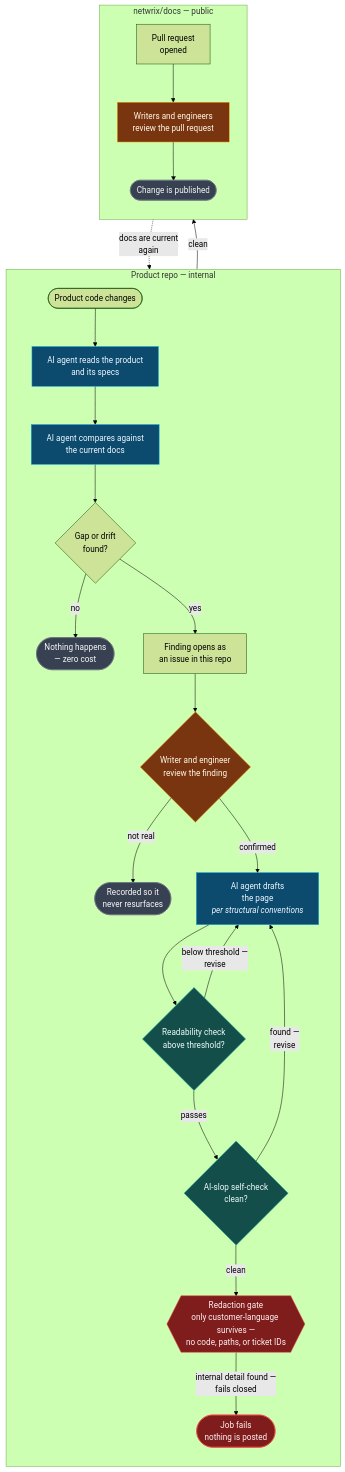
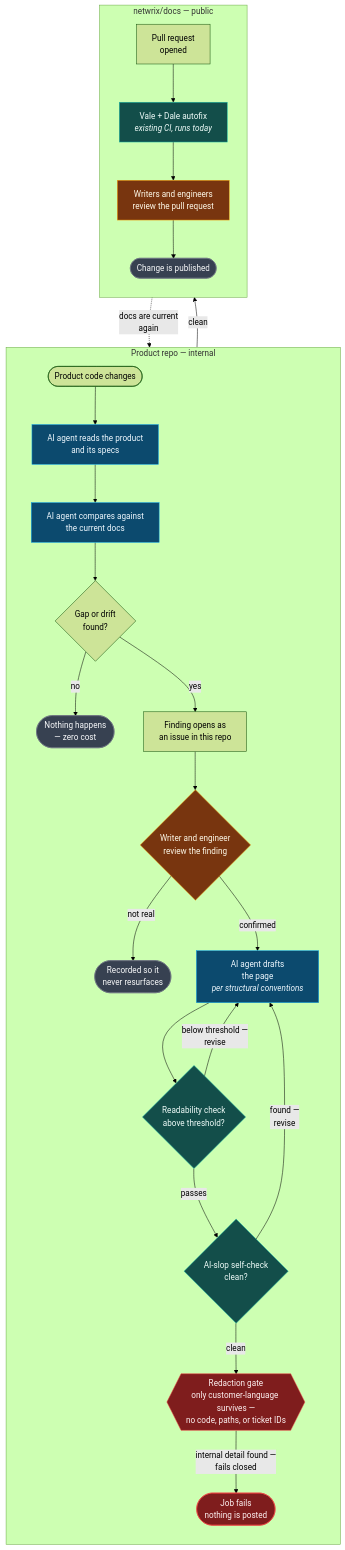
The first of 7 diagrams in docsync/xchange-article.md (netwrix/docs), drawn with Mermaid (forest theme) before and after one commit. The commit also changed other lines of this file, not shown here.

Commit message:
Show the existing post-PR Vale + Dale autofix in the workflow-at-a-glance diagram
The docs subgraph previously jumped straight from PR opened to human
review, implying no automated check runs in netwrix/docs. Add the
existing vale-autofix.yml step (Vale + Dale, already running today) so
the diagram shows both the pre-PR self-check loop and the post-PR
backstop that already exists.

````diff
--- a/docsync/xchange-article.md
+++ b/docsync/xchange-article.md
@@ -37,42 +37,43 @@
 ```mermaid
 flowchart TB
   subgraph PR["Product repo — internal"]
     direction TB
     A(["Product code changes"]) --> B["AI agent reads the product<br/>and its specs"]
     B --> C["AI agent compares against<br/>the current docs"]
     C --> D{"Gap or drift<br/>found?"}
     D -- "no" --> E(["Nothing happens<br/>— zero cost"])
     D -- "yes" --> F["Finding opens as<br/>an issue in this repo"]
     F --> G{"Writer and engineer<br/>review the finding"}
     G -- "not real" --> H(["Recorded so it<br/>never resurfaces"])
     G -- "confirmed" --> I["AI agent drafts<br/>the page<br/><i>per structural conventions</i>"]
     I --> READ{"Readability check<br/>above threshold?"}
     READ -- "below threshold —<br/>revise" --> I
     READ -- "passes" --> SLOP{"AI-slop self-check<br/>clean?"}
     SLOP -- "found —<br/>revise" --> I
     SLOP -- "clean" --> RED{{"Redaction gate<br/>only customer-language survives —<br/>no code, paths, or ticket IDs"}}
     RED -- "internal detail found —<br/>fails closed" --> FAIL(["Job fails<br/>nothing is posted"])
   end
 
   subgraph DOCS["netwrix/docs — public"]
     direction TB
     PRQ["Pull request<br/>opened"]
+    LINT["Vale + Dale autofix<br/><i>existing CI, runs today</i>"]
     J["Writers and engineers<br/>review the pull request"]
     K(["Change is published"])
-    PRQ --> J --> K
+    PRQ --> LINT --> J --> K
   end
 
   RED -- "clean" --> PRQ
   K -.->|"docs are current<br/>again"| C
 
   classDef stop fill:#374151,stroke:#6b7280,color:#f9fafb
   classDef human fill:#78350f,stroke:#f59e0b,color:#fffbeb
   classDef ai fill:#0c4a6e,stroke:#0ea5e9,color:#f0f9ff
   classDef gate fill:#7f1d1d,stroke:#ef4444,color:#fef2f2
   classDef check fill:#134e4a,stroke:#14b8a6,color:#f0fdfa
   class E,H,K stop
   class G,J human
   class B,C,I ai
   class RED,FAIL gate
-  class READ,SLOP check
+  class READ,SLOP,LINT check
 ```
````
